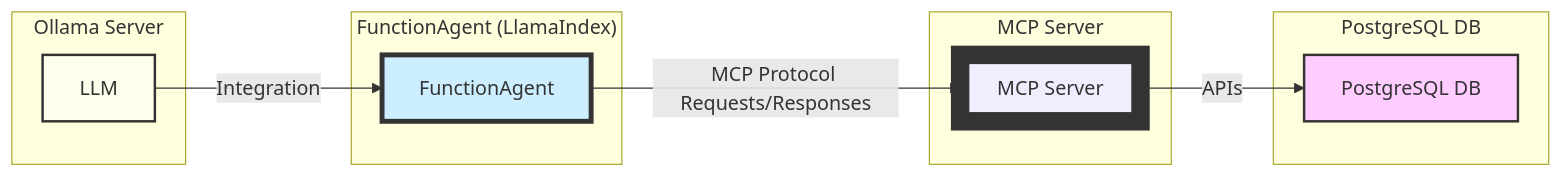
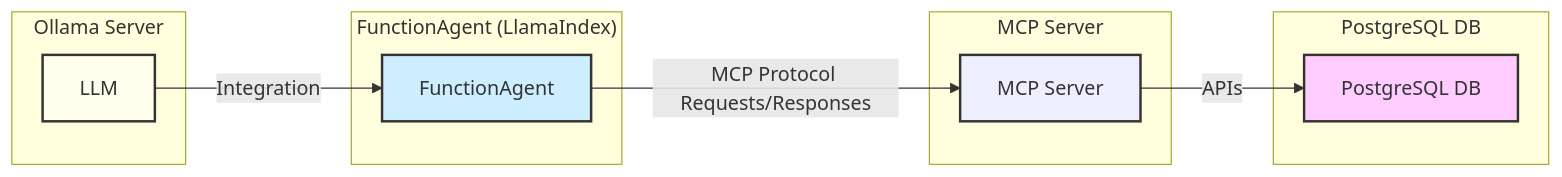
Before and after one commit to 00VALAK00/MCP-LLamaIndex-CRUD-Agent: the diagram in README.md, drawn with Mermaid.

````diff
--- a/README.md
+++ b/README.md
@@ -15,25 +15,25 @@
 ```mermaid
 flowchart LR
     subgraph UserAgent["FunctionAgent (LlamaIndex)"]
         A[FunctionAgent]
     end
     subgraph MCP["MCP Server"]
         B[MCP Server]
     end
     subgraph Ollama["Ollama Server"]
         C[LLM]
     end
     subgraph DB["PostgreSQL DB"]
         D[PostgreSQL DB]
     end
 
     A -- "MCP Protocol Requests/Responses" --> B
     C -- "Integration" --> A
     B -- "APIs" --> D
   
 
-    style A fill:#cef,stroke:#333,stroke-width:4px
-    style B fill:#eef,stroke:#333,stroke-width:15px
+    style A fill:#cef,stroke:#333,stroke-width:2px,stroke-length:4px
+    style B fill:#eef,stroke:#333,stroke-width:2px
     style C fill:#ffe,stroke:#333,stroke-width:2px
     style D fill:#fcf,stroke:#333,stroke-width:2px
 ```
````
